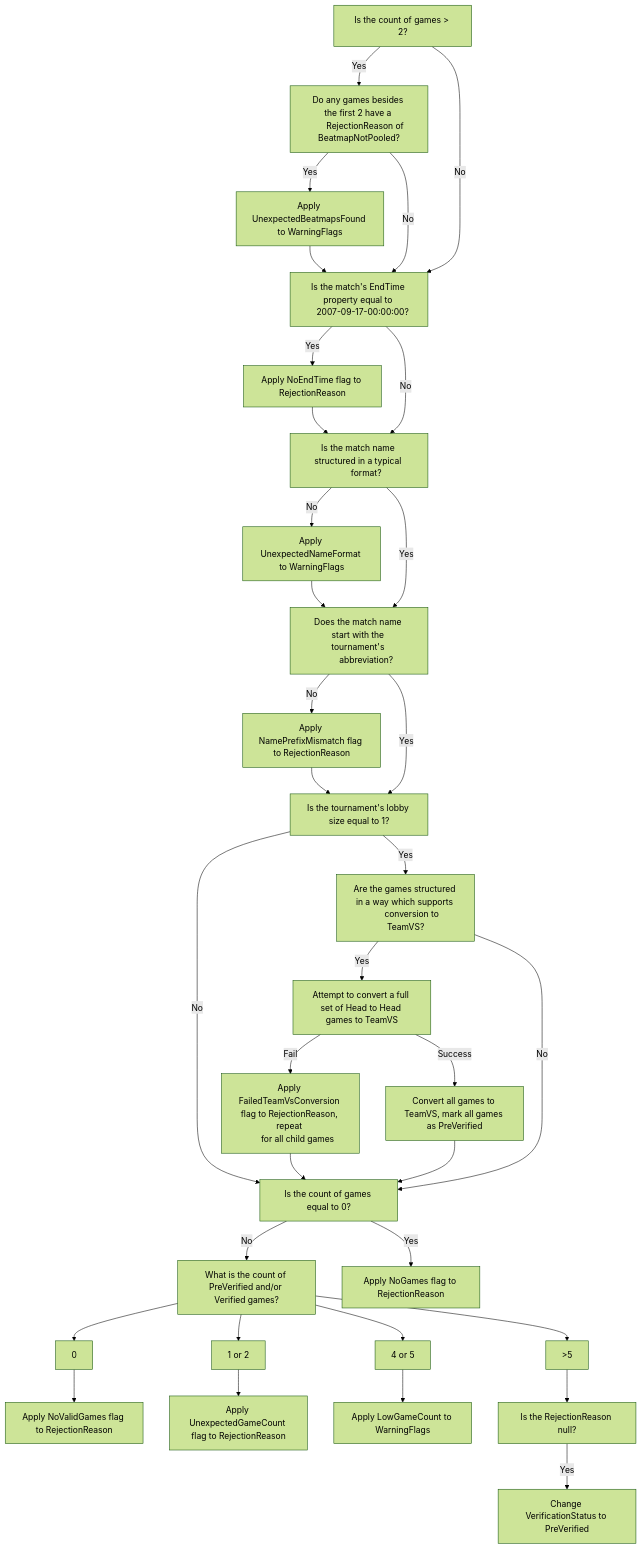
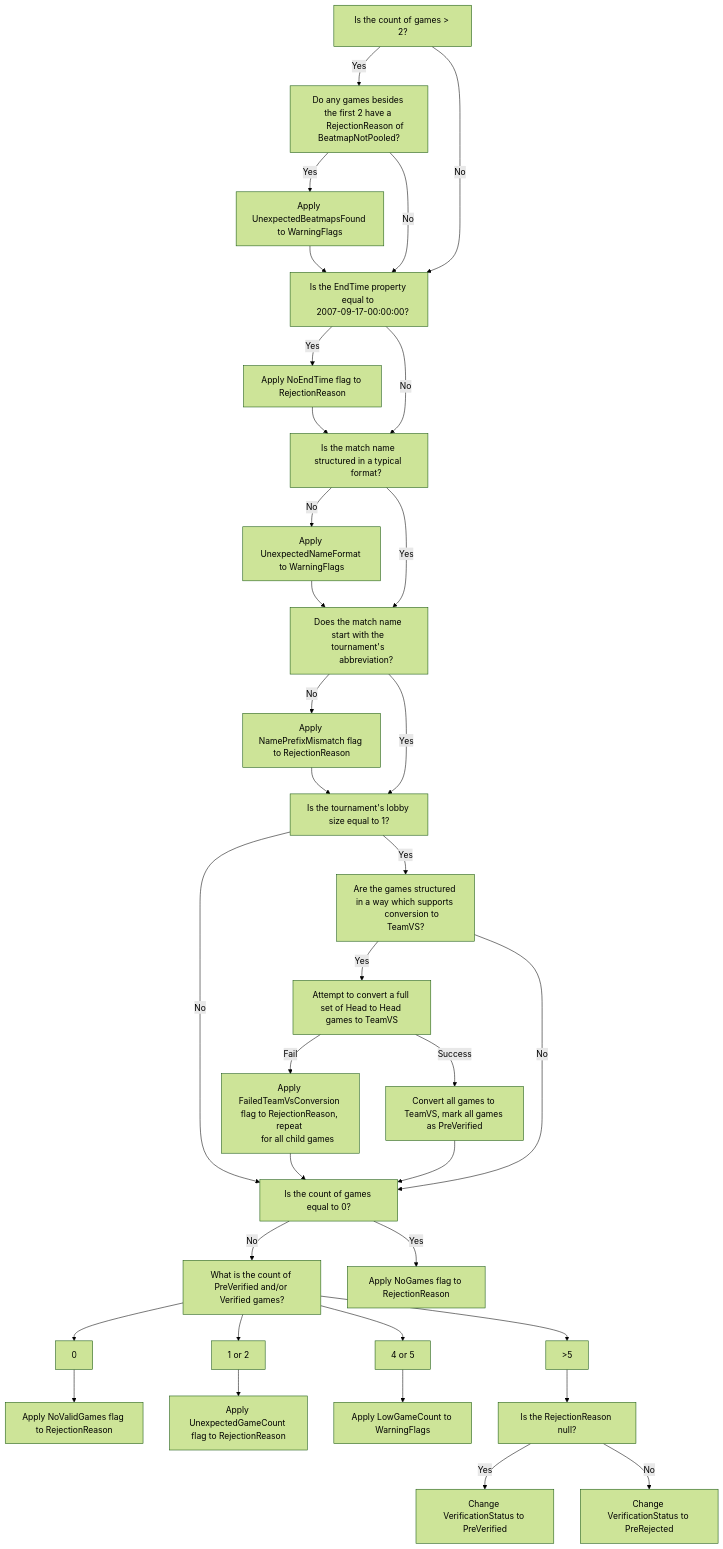
The second of 3 diagrams in docs/topics/Automated-Checks.md (osu-tournament-rating/otr-docs), drawn with Mermaid (forest theme) before and after one commit. The commit also changed other lines of this file, not shown here.

Commit message:
Game flow chart

````diff
--- a/docs/topics/Automated-Checks.md
+++ b/docs/topics/Automated-Checks.md
@@ -75,66 +79,68 @@
 ```Mermaid
-graph TD;
+flowchart TD;
    A[Is the count of games > 2?]
    B[Do any games besides the first 2 have a 
       RejectionReason of BeatmapNotPooled?]
    C[Apply UnexpectedBeatmapsFound to WarningFlags]
-   D[Is the match's EndTime property equal to 
+   D[Is the EndTime property equal to 
    2007-09-17-00:00:00?]
    E[Apply NoEndTime flag to RejectionReason]
    H[Is the match name structured in a typical 
       format?]
    I[Apply UnexpectedNameFormat to WarningFlags]
    J[Does the match name start with the tournament's 
       abbreviation?]
    K[Apply NamePrefixMismatch flag to RejectionReason]
    L[Is the tournament's lobby size equal to 1?]
    M[Are the games structured in a way which supports 
       conversion to TeamVS?]
    N[Attempt to convert a full set of Head to Head games to TeamVS]
    O[Apply FailedTeamVsConversion flag to RejectionReason, repeat 
       for all child games]
    P[Convert all games to TeamVS, mark all games as PreVerified]
    
    F[Is the count of games equal to 0?]
    G[Apply NoGames flag to RejectionReason]
    Q[What is the count of PreVerified and/or Verified games?]
    Q1[0]
    Q2[1 or 2]
    Q3[4 or 5]
    Q4[&gt;5]
    Q_A[Apply NoValidGames flag to RejectionReason]
    Q_B[Apply UnexpectedGameCount flag to RejectionReason]
    Q_C[Apply LowGameCount to WarningFlags]
    
    PreTerm[Is the RejectionReason null?]
    TermPositive[Change VerificationStatus to PreVerified]
+   TermNegative[Change VerificationStatus to PreRejected]
    
    A -- Yes --> B
    B -- Yes --> C --> D
    A -- No --> D
    B -- No --> D
    D -- Yes --> E --> H
    D -- No --> H
    
    H -- No --> I --> J
    H -- Yes --> J
    J -- No --> K --> L
    J -- Yes --> L
    L -- No --> F
    L -- Yes --> M
    M -- Yes --> N
    M -- No --> F
    N -- Fail --> O --> F
    N -- Success --> P --> F
    F -- No --> Q
    F -- Yes --> G
    Q --> Q1
    Q --> Q2
    Q --> Q3
    Q --> Q4
    Q1 --> Q_A
    Q2 --> Q_B
    Q3 --> Q_C
    Q4 --> PreTerm
    PreTerm -- Yes --> TermPositive
+   PreTerm -- No --> TermNegative
 ```
````
